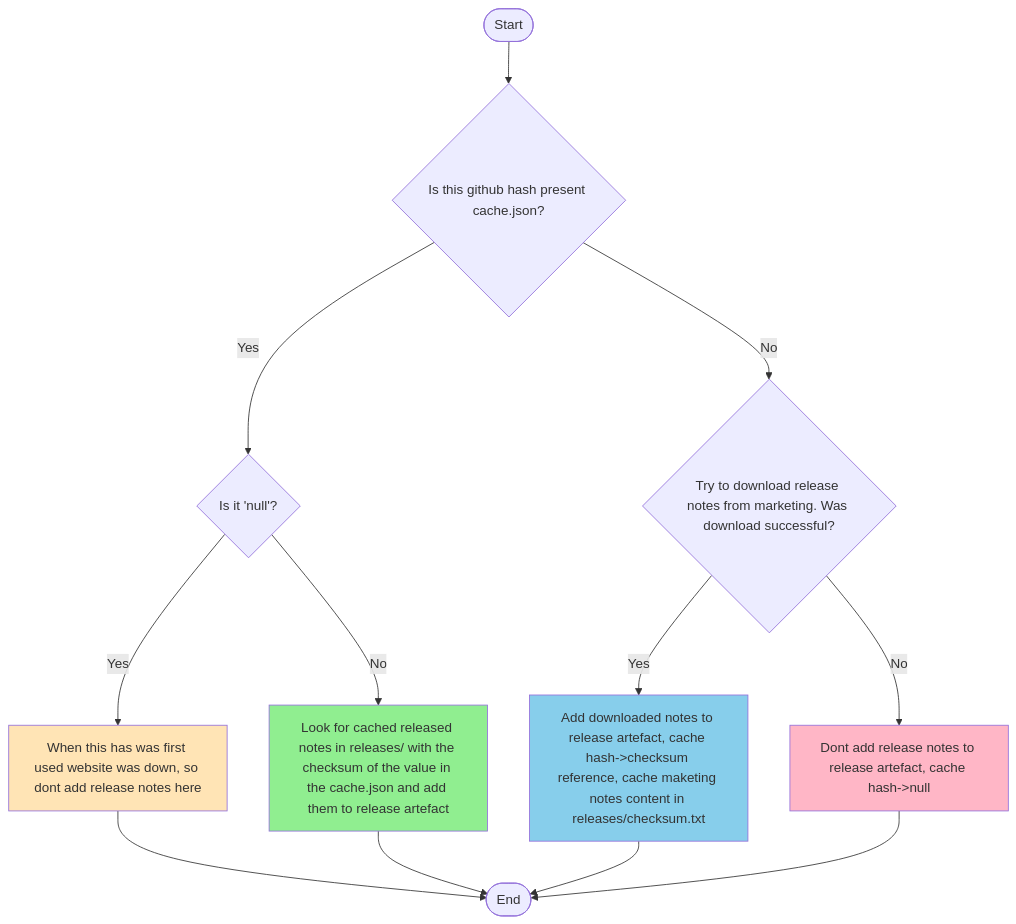
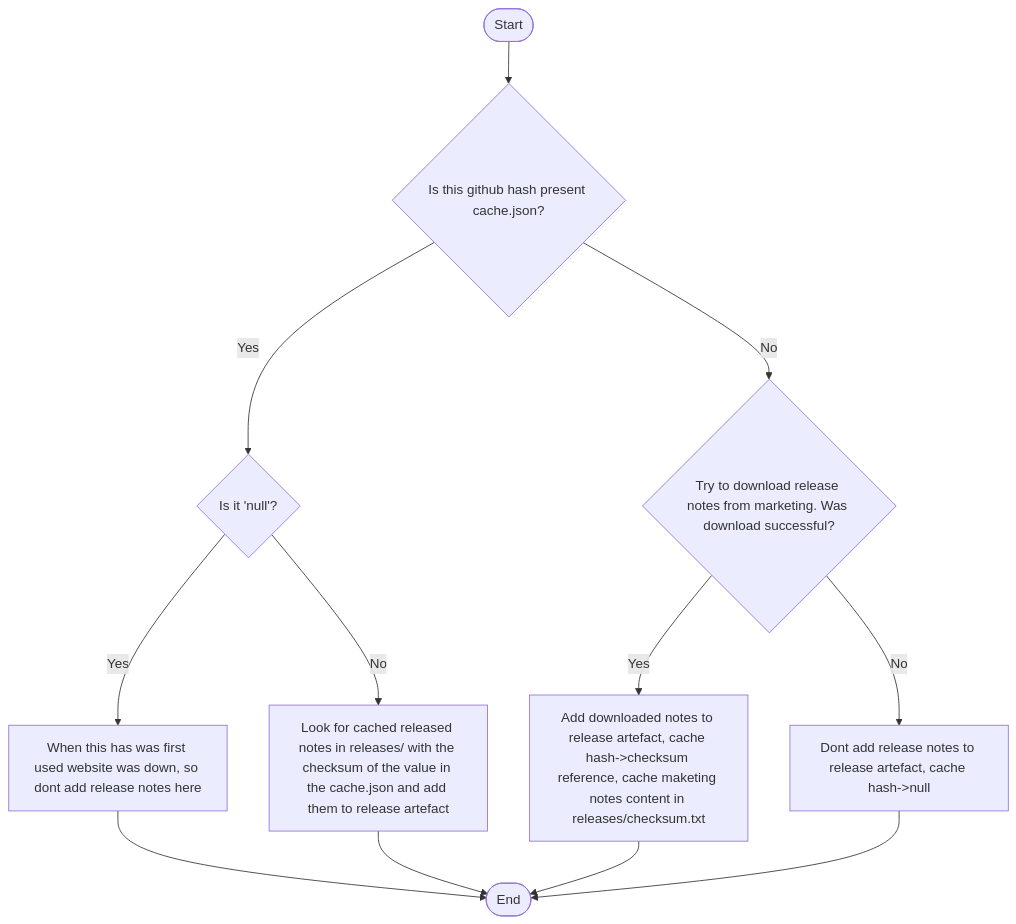
The diagram in README.md (Alvel11/JetbrainsTestAssignment), drawn with Mermaid before and after one commit.

Commit message:
Remove unreadable colours on readme

````diff
--- a/README.md
+++ b/README.md
@@ -43,23 +43,19 @@
 ```mermaid
 flowchart TD
     Start([Start]) --> CheckCache{Is this github hash present cache.json?}
     
     CheckCache -->|Yes| CheckNull{Is it 'null'?}
     CheckCache -->|No| TryDownload{Try to download release notes from marketing. Was download successful?}
     
     CheckNull -->|Yes| Case1[When this has was first used website was down, so dont add release notes here]
     CheckNull -->|No| Case2[Look for cached released notes in releases/ with the checksum of the value in the cache.json and add them to release artefact]
     
     TryDownload -->|Yes| Case3[Add downloaded notes to release artefact, cache hash->checksum reference, cache maketing notes content in releases/checksum.txt ]
     TryDownload -->|No| Case4[Dont add release notes to release artefact, cache hash->null]
     
     Case1 --> End([End])
     Case2 --> End
     Case3 --> End
     Case4 --> End
     
-    style Case1 fill:#FFE4B5
-    style Case2 fill:#90EE90
-    style Case3 fill:#87CEEB
-    style Case4 fill:#FFB6C6
 ```
````
